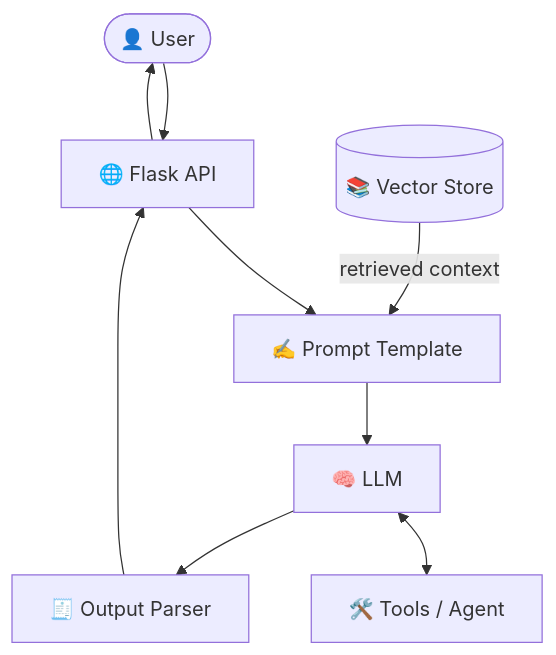
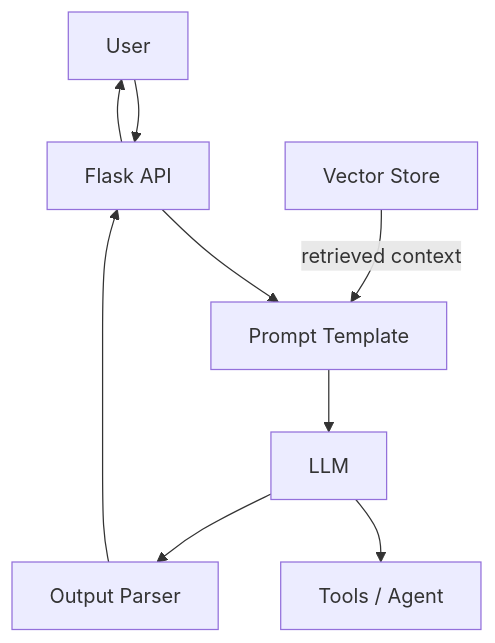
Before and after one commit to Nrup2021/Generative-AI-LangChain-Beginner-to-Practical-Guide: the second of 2 diagrams in README.md, drawn with Mermaid. The commit also changed other lines of this file, not shown here.

Commit message:
Fix clickable ToC anchors and simplify Mermaid diagrams to avoid flicker in Markdown renderers

````diff
--- a/README.md
+++ b/README.md
@@ -88,10 +90,10 @@
 ```mermaid
 flowchart TD
-    U(["👤 User"]) --> API["🌐 Flask API"]
-    API --> P["✍️ Prompt Template"]
-    P --> M["🧠 LLM"]
-    R[("📚 Vector Store")] -- "retrieved context" --> P
-    M <--> T["🛠️ Tools / Agent"]
-    M --> O["🧾 Output Parser"]
+    U["User"] --> API["Flask API"]
+    API --> P["Prompt Template"]
+    P --> M["LLM"]
+    R["Vector Store"] -->|retrieved context| P
+    M --> T["Tools / Agent"]
+    M --> O["Output Parser"]
     O --> API --> U
 ```
````
